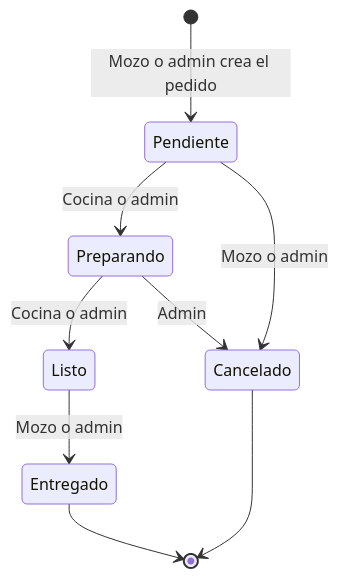
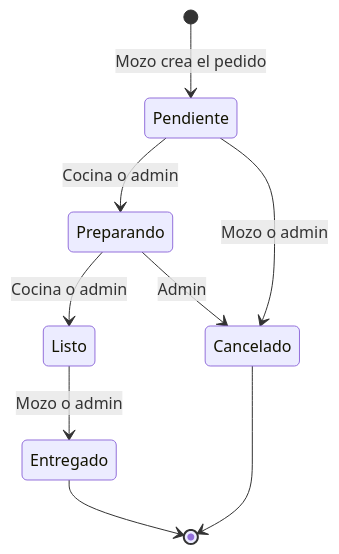
One commit to Fernando-Nieva/Restaurante-DonGato changed the second of 2 diagrams in README.md. Above: the diagram before and after it, drawn with Mermaid. The commit also changed other lines of this file and 81 other files, not shown here.

````diff
--- a/README.md
+++ b/README.md
@@ -136,11 +151,11 @@
 ```mermaid
 stateDiagram-v2
-    [*] --> Pendiente: Mozo o admin crea el pedido
+    [*] --> Pendiente: Mozo crea el pedido
     Pendiente --> Preparando: Cocina o admin
     Pendiente --> Cancelado: Mozo o admin
     Preparando --> Listo: Cocina o admin
     Preparando --> Cancelado: Admin
     Listo --> Entregado: Mozo o admin
     Entregado --> [*]
     Cancelado --> [*]
 ```
````
